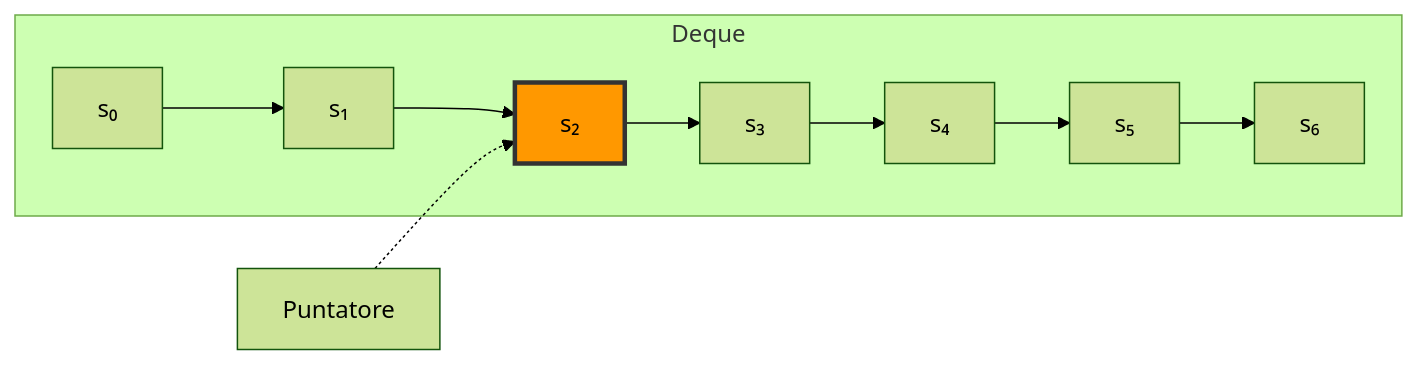
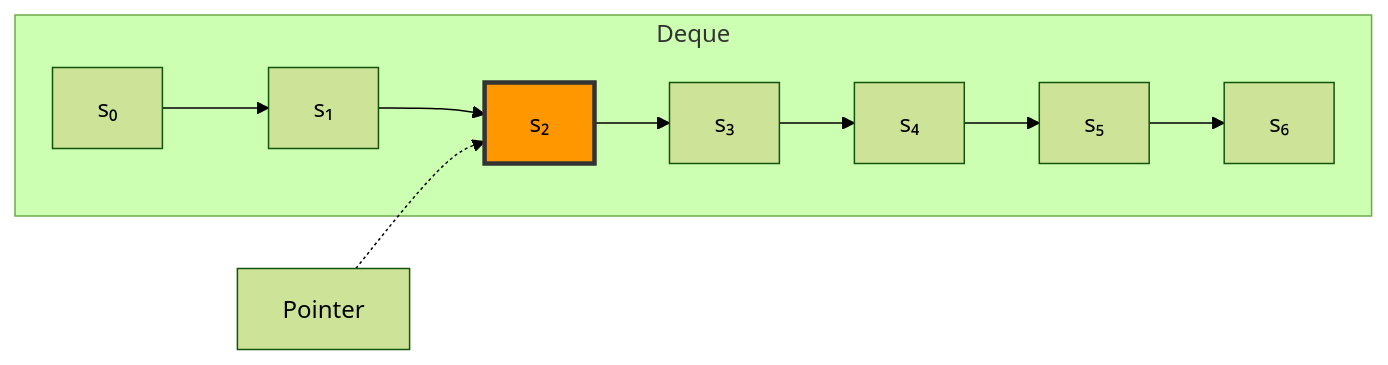
One commit to LucaSamore/Whodunnit changed the second of 7 diagrams in docs/report/implementation/5-castellucci-versioning.md. Above: the diagram before and after it, drawn with Mermaid (forest theme). The commit also changed other lines of this file and 1 other file, not shown here.

Commit message:
docs: update diagrams and figure captions

````diff
--- a/docs/report/implementation/5-castellucci-versioning.md
+++ b/docs/report/implementation/5-castellucci-versioning.md
@@ -91,13 +93,13 @@
 ```mermaid
 graph LR
     subgraph Deque
         S0[s₀] --> S1[s₁]
         S1 --> S2[s₂]
         S2 --> S3[s₃]
         S3 --> S4[s₄]
         S4 --> S5[s₅]
         S5 --> S6[s₆]
     end
-    P[Puntatore] -.-> S2
+    P[Pointer] -.-> S2
     style S2 fill:#FF9800,stroke:#333,stroke-width:3px
 ```
````
